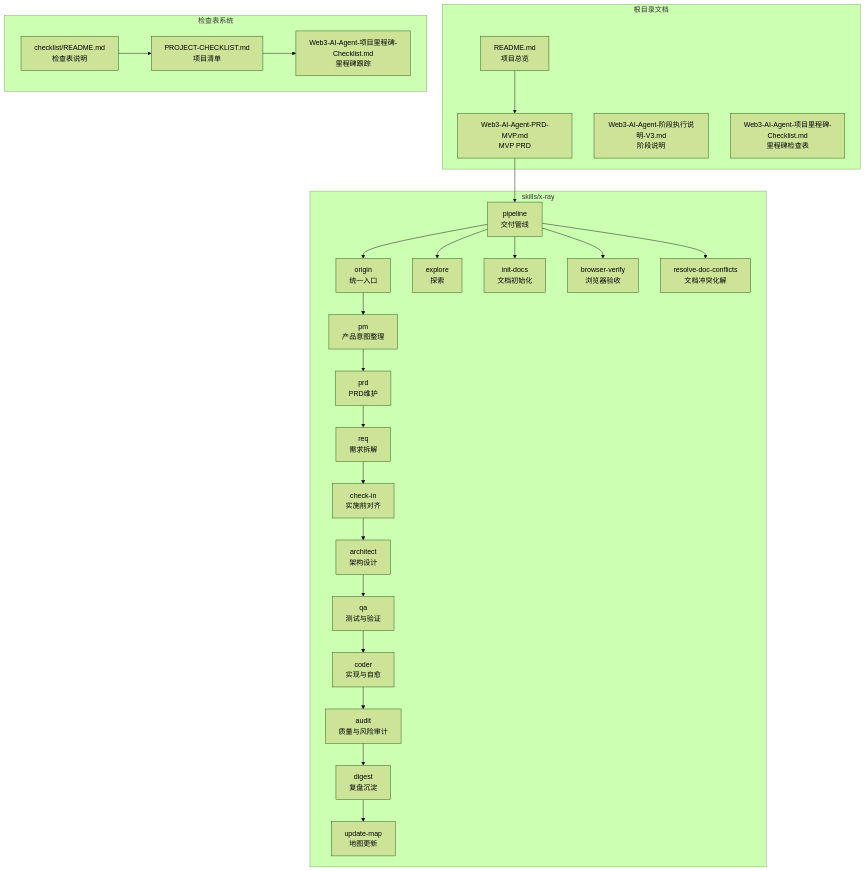
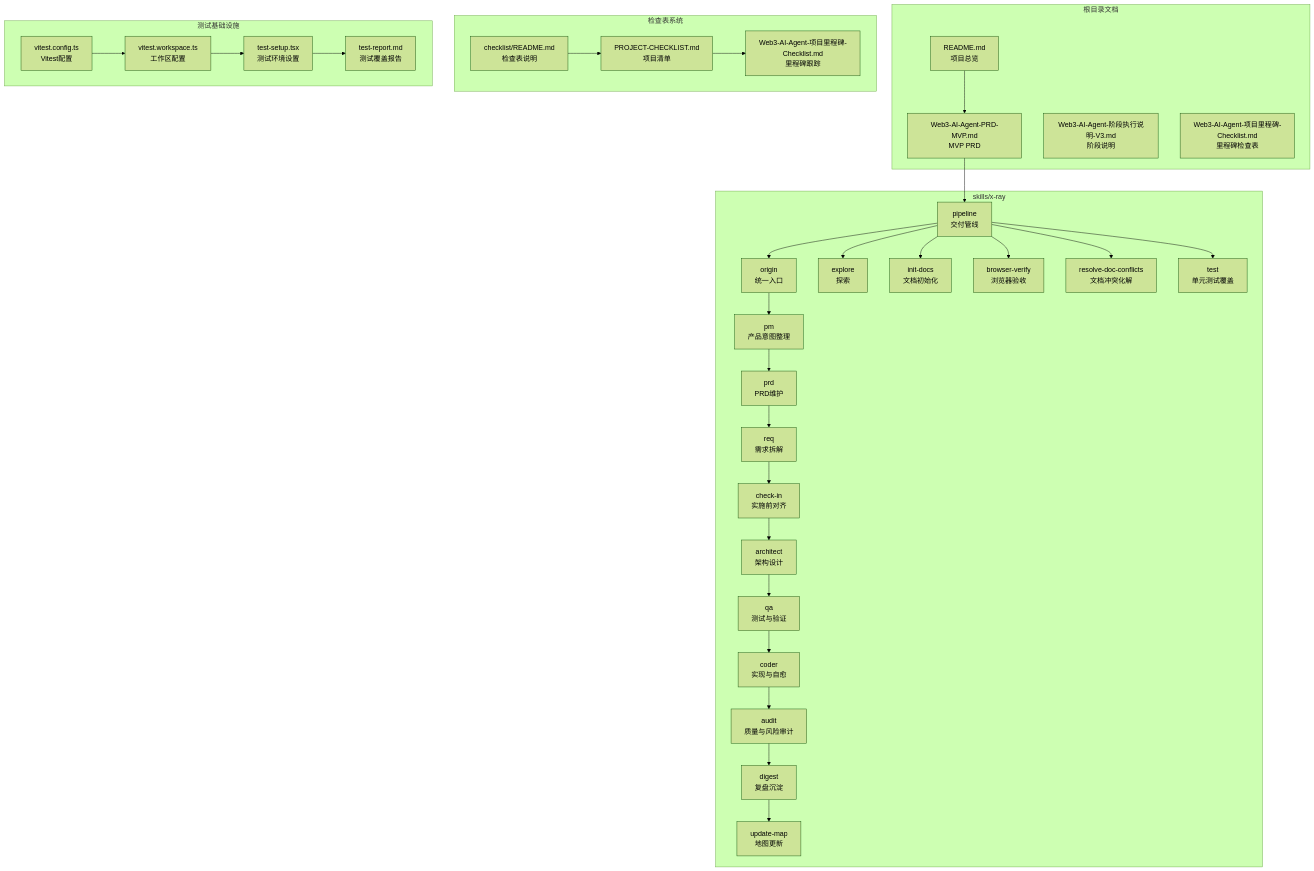
Before and after one commit to CryptoLinxu/Web3-AI-Agent: the first of 6 diagrams in .qoder/repowiki/zh/content/项目概述/项目概述.md, drawn with Mermaid (forest theme). The commit also changed other lines of this file and 17 other files, not shown here.

````diff
--- a/.qoder/repowiki/zh/content/项目概述/项目概述.md
+++ b/.qoder/repowiki/zh/content/项目概述/项目概述.md
@@ -69,42 +80,53 @@
 ```mermaid
 graph TB
 subgraph "根目录文档"
 PLAN["README.md<br/>项目总览"]
 PRD["Web3-AI-Agent-PRD-MVP.md<br/>MVP PRD"]
 MAP_ROOT["Web3-AI-Agent-阶段执行说明-V3.md<br/>阶段说明"]
 ENDPOINT["Web3-AI-Agent-项目里程碑-Checklist.md<br/>里程碑检查表"]
 end
 subgraph "skills/x-ray"
 ORG["origin<br/>统一入口"]
 PM["pm<br/>产品意图整理"]
 REQ["req<br/>需求拆解"]
 PRD_S["prd<br/>PRD维护"]
 CHECKIN["check-in<br/>实施前对齐"]
 ARCH["architect<br/>架构设计"]
 QA["qa<br/>测试与验证"]
 CODER["coder<br/>实现与自愈"]
 AUDIT["audit<br/>质量与风险审计"]
 DIGEST["digest<br/>复盘沉淀"]
 UPDATE["update-map<br/>地图更新"]
 PIPE["pipeline<br/>交付管线"]
 EXPLORE["explore<br/>探索"]
 INIT["init-docs<br/>文档初始化"]
 VER["browser-verify<br/>浏览器验收"]
 RES["resolve-doc-conflicts<br/>文档冲突化解"]
+TEST["test<br/>单元测试覆盖"]
 end
 subgraph "检查表系统"
 CHECKLIST["PROJECT-CHECKLIST.md<br/>项目清单"]
 CHECKLIST_README["checklist/README.md<br/>检查表说明"]
 MILESTONE["Web3-AI-Agent-项目里程碑-Checklist.md<br/>里程碑跟踪"]
+end
+subgraph "测试基础设施"
+VITEST_CONFIG["vitest.config.ts<br/>Vitest配置"]
+WORKSPACE["vitest.workspace.ts<br/>工作区配置"]
+TEST_SETUP["test-setup.tsx<br/>测试环境设置"]
+REPORT["test-report.md<br/>测试覆盖报告"]
 end
 PLAN --> PRD
 PRD --> PIPE
 PIPE --> ORG
 ORG --> PM --> PRD_S --> REQ --> CHECKIN --> ARCH --> QA --> CODER --> AUDIT --> DIGEST --> UPDATE
 PIPE --> EXPLORE
 PIPE --> INIT
 PIPE --> VER
 PIPE --> RES
+PIPE --> TEST
 CHECKLIST --> MILESTONE
 CHECKLIST_README --> CHECKLIST
+VITEST_CONFIG --> WORKSPACE
+WORKSPACE --> TEST_SETUP
+TEST_SETUP --> REPORT
 ```
````
